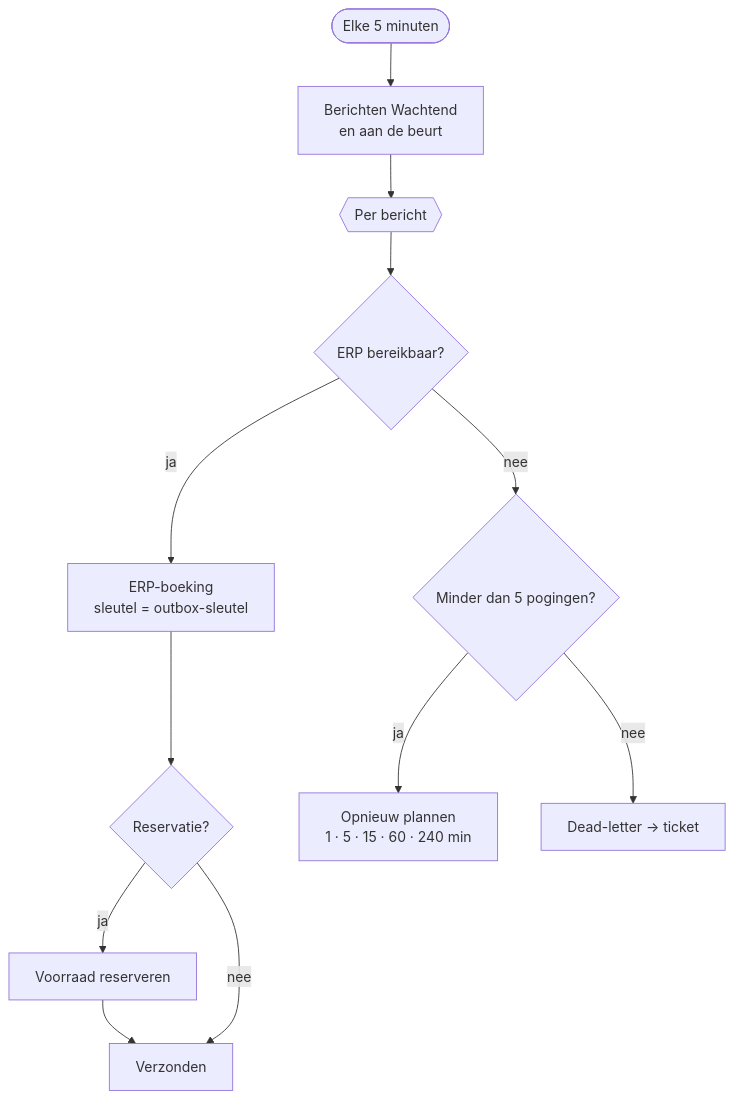
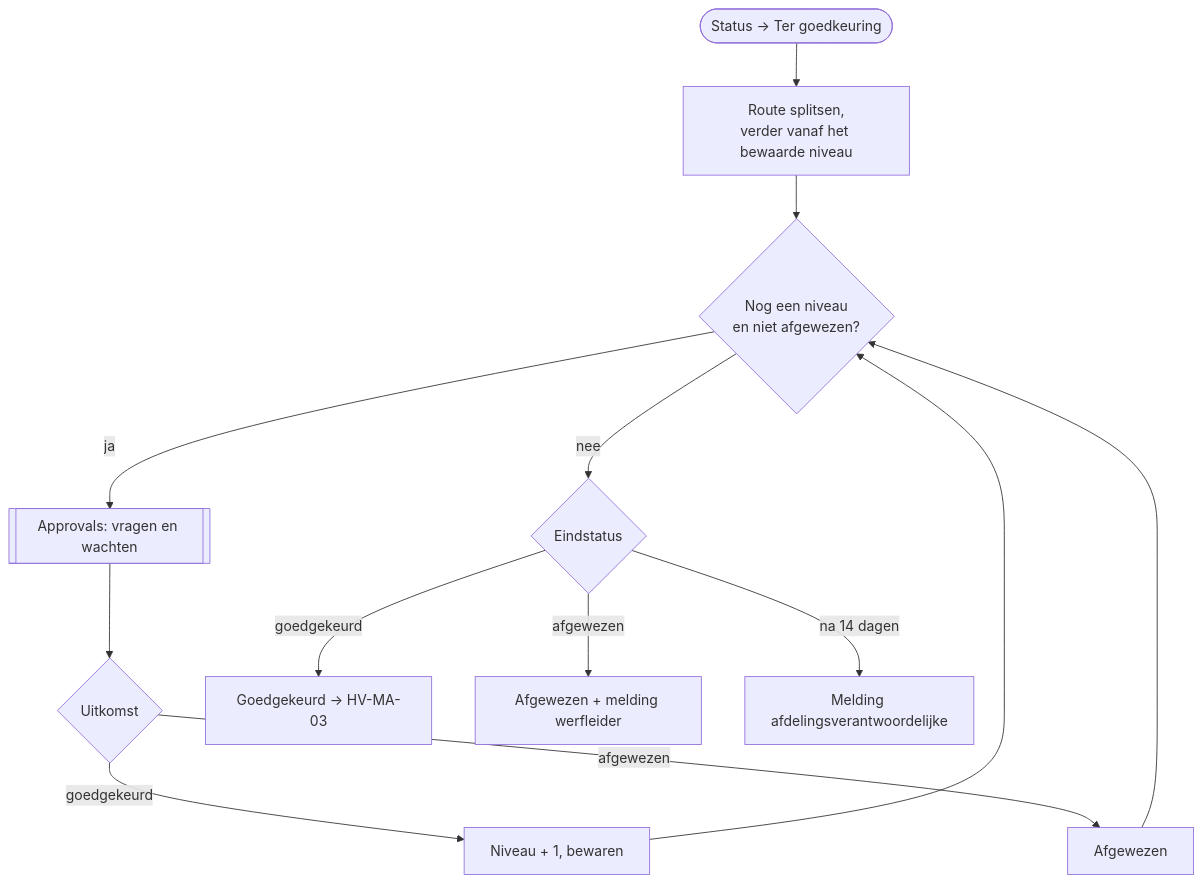
Before and after one commit to phlppgdfry/construction-digital-transformation: the diagram in power-platform/flows/HV-MA-02.md, drawn with Mermaid. The commit also changed other lines of this file and 109 other files, not shown here.

````diff
--- a/power-platform/flows/HV-MA-02.md
+++ b/power-platform/flows/HV-MA-02.md
@@ -40,12 +40,12 @@
 ```mermaid
 flowchart TD
-  T([Elke 5 minuten]) --> Q[Berichten Wachtend<br/>en aan de beurt]
-  Q --> F{{Per bericht}}
-  F --> E{ERP bereikbaar?}
-  E -->|ja| B[ERP-boeking<br/>sleutel = outbox-sleutel] --> R{Reservatie?}
-  R -->|ja| V[Voorraad reserveren] --> S[Verzonden]
-  R -->|nee| S
-  E -->|nee| P{Minder dan 5 pogingen?}
-  P -->|ja| N[Opnieuw plannen<br/>1 · 5 · 15 · 60 · 240 min]
-  P -->|nee| DL[Dead-letter → ticket]
+  T([Status → Ter goedkeuring]) --> I[Route splitsen,<br/>verder vanaf het bewaarde niveau]
+  I --> L{Nog een niveau<br/>en niet afgewezen?}
+  L -->|ja| A[[Approvals: vragen en wachten]] --> U{Uitkomst}
+  U -->|goedgekeurd| N[Niveau + 1, bewaren] --> L
+  U -->|afgewezen| X[Afgewezen] --> L
+  L -->|nee| E{Eindstatus}
+  E -->|goedgekeurd| G[Goedgekeurd → HV-MA-03]
+  E -->|afgewezen| R[Afgewezen + melding werfleider]
+  E -->|na 14 dagen| V[Melding afdelingsverantwoordelijke]
 ```
````
